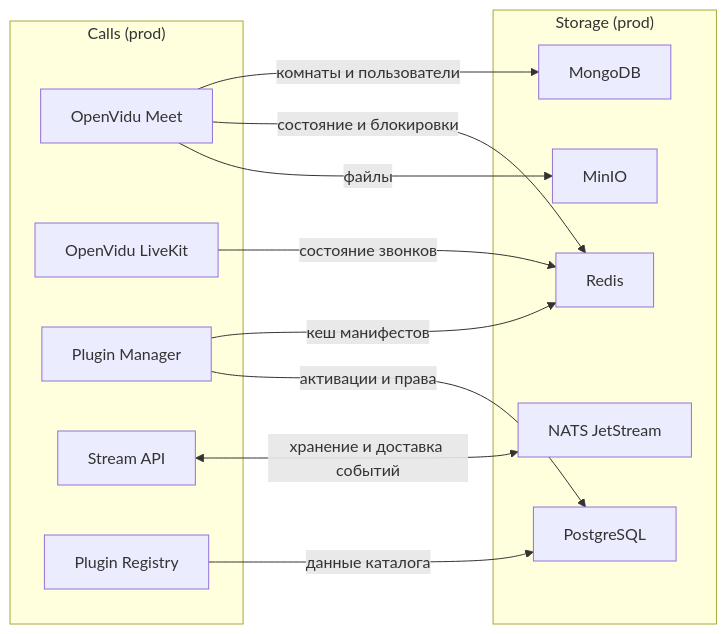
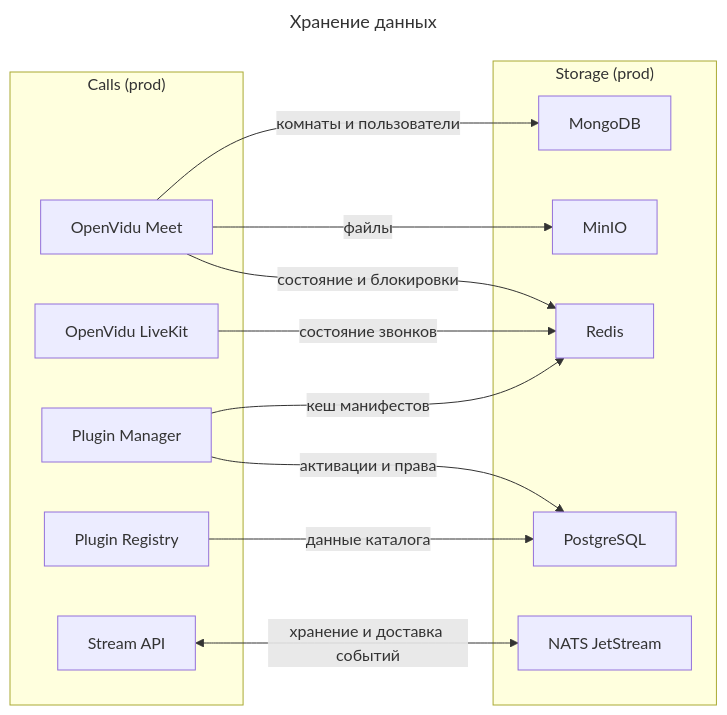
Before and after one commit to dwspurpleteam/deployer: the fifth of 5 diagrams in README.md, drawn with Mermaid. The commit also changed other lines of this file, not shown here.

Commit message:
Arrange architecture flows left to right

````diff
--- a/README.md
+++ b/README.md
@@ -48,27 +72,28 @@
 ```mermaid
+---
+title: Хранение данных
+---
 flowchart LR
   subgraph calls_storage["Calls (prod)"]
     meet[OpenVidu Meet]
     openvidu[OpenVidu LiveKit]
     manager[Plugin Manager]
+    registry[Plugin Registry]
     streamapi[Stream API]
-    registry[Plugin Registry]
   end
-
   subgraph storage["Storage (prod)"]
     mongodb[MongoDB]
+    minio[MinIO]
     redis[Redis]
-    minio[MinIO]
+    postgres[PostgreSQL]
     nats["NATS JetStream"]
-    postgres[PostgreSQL]
   end
-
   meet -->|комнаты и пользователи| mongodb
+  meet -->|файлы| minio
   meet -->|состояние и блокировки| redis
-  meet -->|файлы| minio
   openvidu -->|состояние звонков| redis
   manager -->|кеш манифестов| redis
+  manager -->|активации и права| postgres
+  registry -->|данные каталога| postgres
   streamapi <-->|хранение и доставка событий| nats
-  registry -->|данные каталога| postgres
-  manager -->|активации и права| postgres
 ```
````
